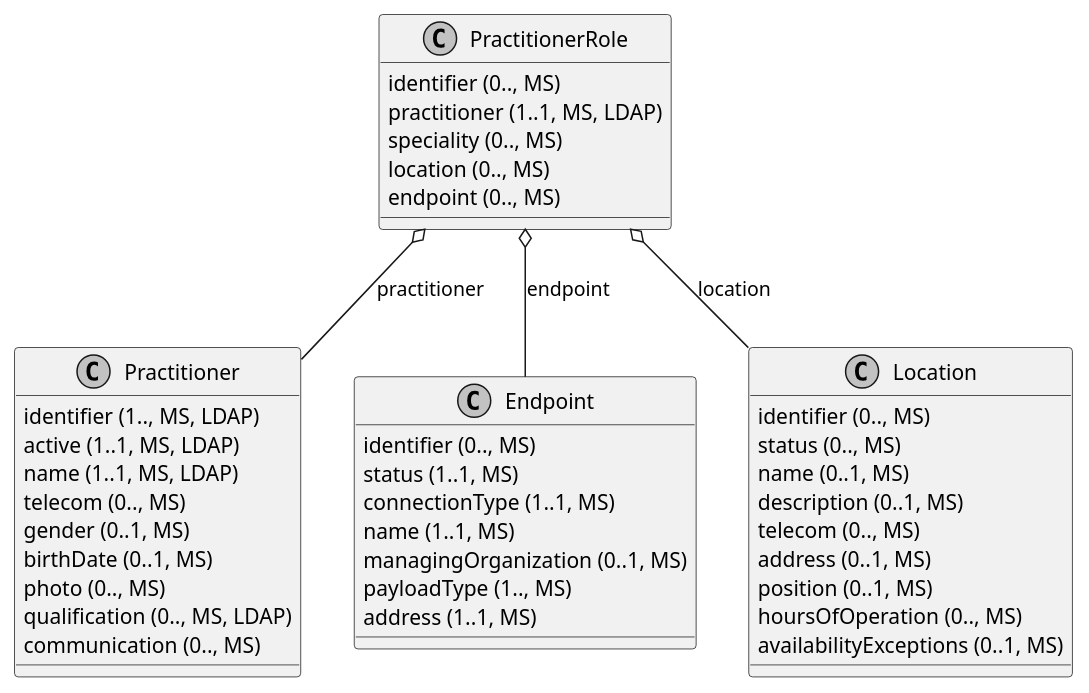
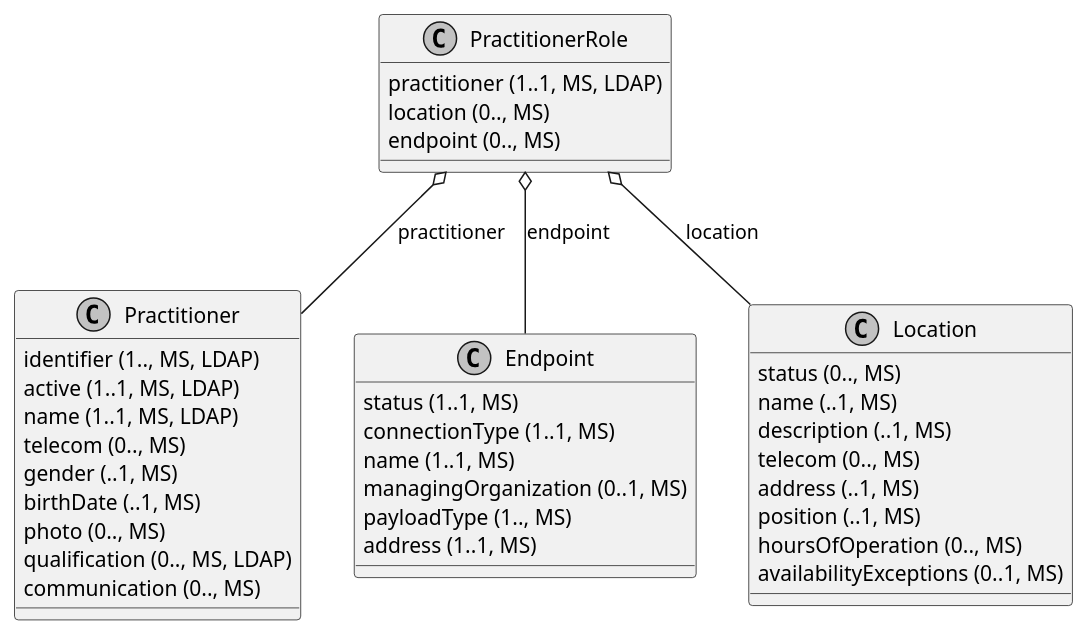
Before and after one commit to gematik/api-vzd: the diagram in src/plantuml/ClassDiagram.PractitionerRole.puml, drawn with PlantUML. The commit also changed 7 other files, not shown here.

```diff
--- a/src/plantuml/ClassDiagram.PractitionerRole.puml
+++ b/src/plantuml/ClassDiagram.PractitionerRole.puml
@@ -1,45 +1,41 @@
 @startuml ClassDiagram.PractitionerRole
 skinparam monochrome true
 class PractitionerRole {
-  {field} identifier (0.., MS)
   {field} practitioner (1..1, MS, LDAP)
-  {field} speciality (0.., MS)
   {field} location (0.., MS)
   {field} endpoint (0.., MS)
 }
 class Practitioner {
   {field} identifier (1.., MS, LDAP)
   {field} active (1..1, MS, LDAP)
   {field} name (1..1, MS, LDAP)
   {field} telecom (0.., MS)
-  {field} gender (0..1, MS)
-  {field} birthDate (0..1, MS)
+  {field} gender (..1, MS)
+  {field} birthDate (..1, MS)
   {field} photo (0.., MS)
   {field} qualification (0.., MS, LDAP)
   {field} communication (0.., MS)
 }
 class Endpoint {
-  {field} identifier (0.., MS)
   {field} status (1..1, MS)
   {field} connectionType (1..1, MS)
   {field} name (1..1, MS)
   {field} managingOrganization (0..1, MS)
   {field} payloadType (1.., MS)
   {field} address (1..1, MS)
 }
 class Location {
-  {field} identifier (0.., MS)
   {field} status (0.., MS)
-  {field} name (0..1, MS)
-  {field} description (0..1, MS)
+  {field} name (..1, MS)
+  {field} description (..1, MS)
   {field} telecom (0.., MS)
-  {field} address (0..1, MS)
-  {field} position (0..1, MS)
+  {field} address (..1, MS)
+  {field} position (..1, MS)
   {field} hoursOfOperation (0.., MS)
   {field} availabilityExceptions (0..1, MS)
 }
 
 PractitionerRole o-- Practitioner: practitioner
 PractitionerRole o-- Endpoint: endpoint
 PractitionerRole o-- Location: location
 @enduml
```
